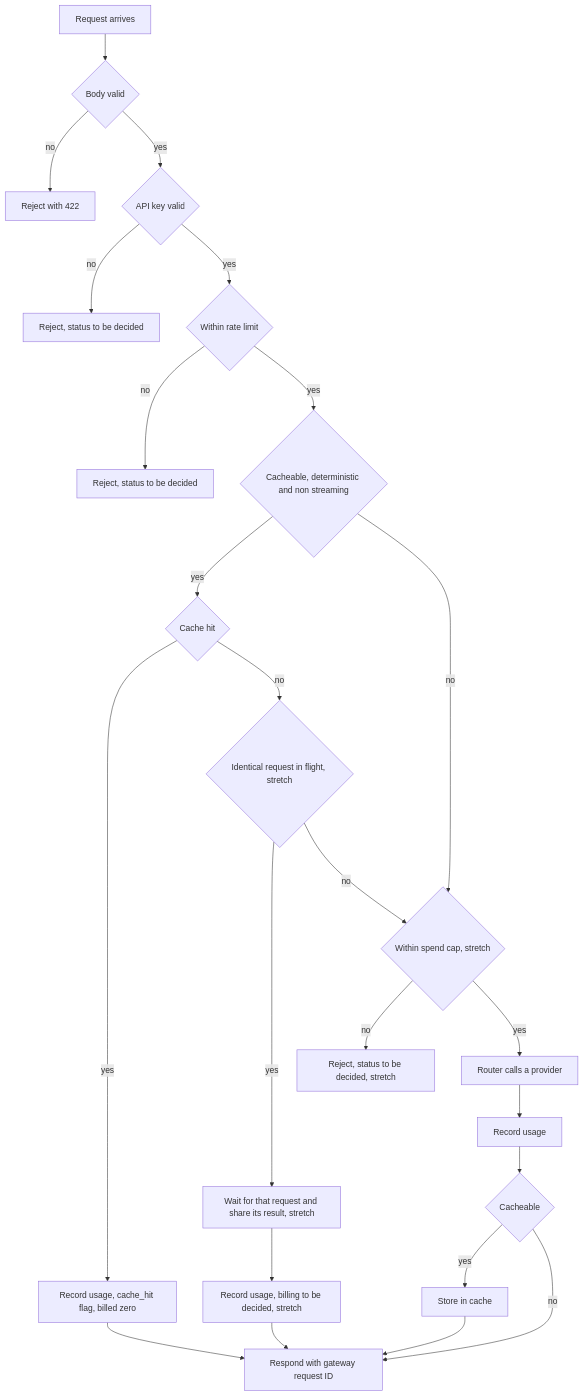
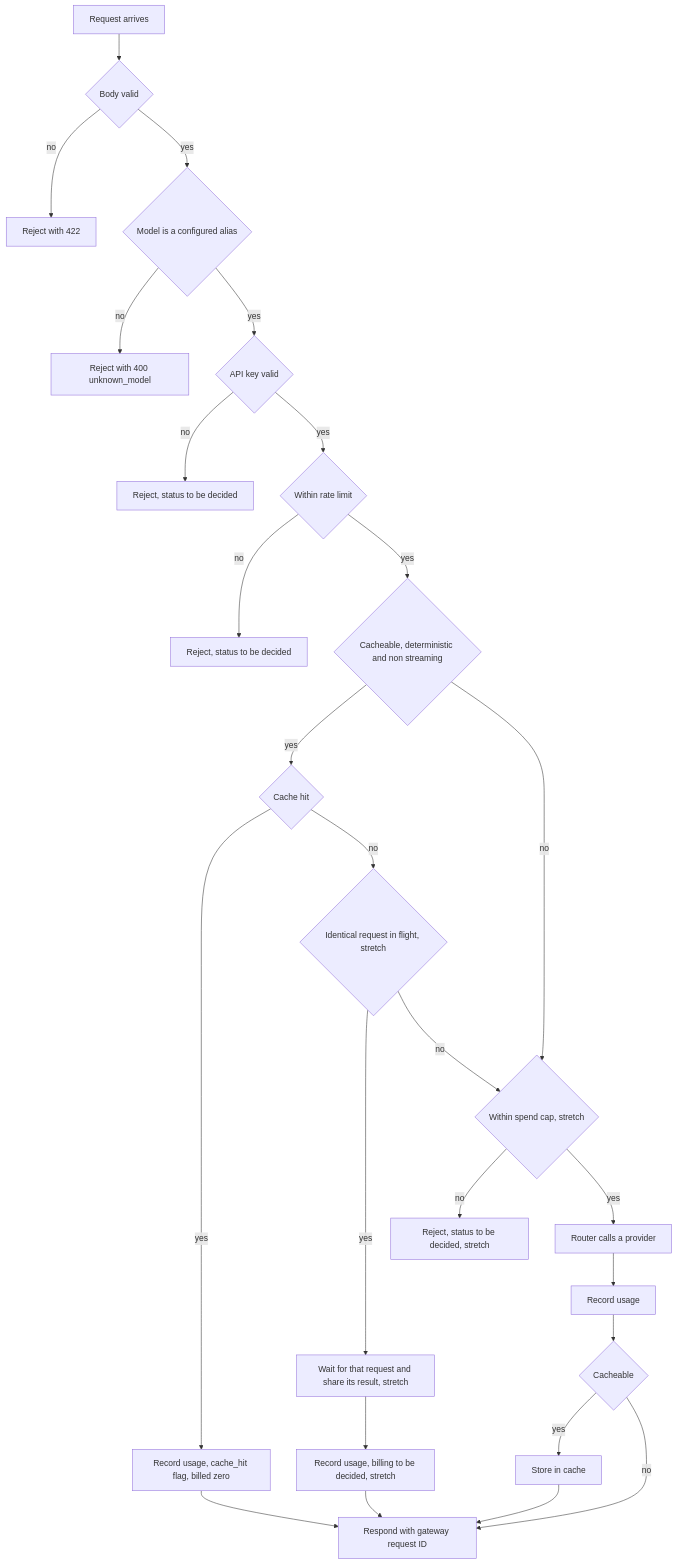
One commit to Jasmeet-011/LLMGateway changed the second of 5 diagrams in FLOW.md. Above: the diagram before and after it, drawn with Mermaid. The commit also changed other lines of this file and 23 other files, not shown here.

````diff
--- a/FLOW.md
+++ b/FLOW.md
@@ -37,26 +37,28 @@
 ```mermaid
 flowchart TD
     A[Request arrives] --> B{Body valid}
     B -->|no| R1[Reject with 422]
-    B -->|yes| C{API key valid}
+    B -->|yes| AL{Model is a configured alias}
+    AL -->|no| R0[Reject with 400 unknown_model]
+    AL -->|yes| C{API key valid}
     C -->|no| R2[Reject, status to be decided]
     C -->|yes| D{Within rate limit}
     D -->|no| R3[Reject, status to be decided]
     D -->|yes| K{Cacheable, deterministic and non streaming}
     K -->|yes| E{Cache hit}
     E -->|yes| H[Record usage, cache_hit flag, billed zero]
     E -->|no| F{Identical request in flight, stretch}
     F -->|yes| W[Wait for that request and share its result, stretch]
     W --> WU[Record usage, billing to be decided, stretch]
     F -->|no| G{Within spend cap, stretch}
     K -->|no| G
     G -->|no| R4[Reject, status to be decided, stretch]
     G -->|yes| RT[Router calls a provider]
     RT --> U[Record usage]
     U --> S{Cacheable}
     S -->|yes| SC[Store in cache]
     S -->|no| OUT[Respond with gateway request ID]
     SC --> OUT
     H --> OUT
     WU --> OUT
 ```
````
